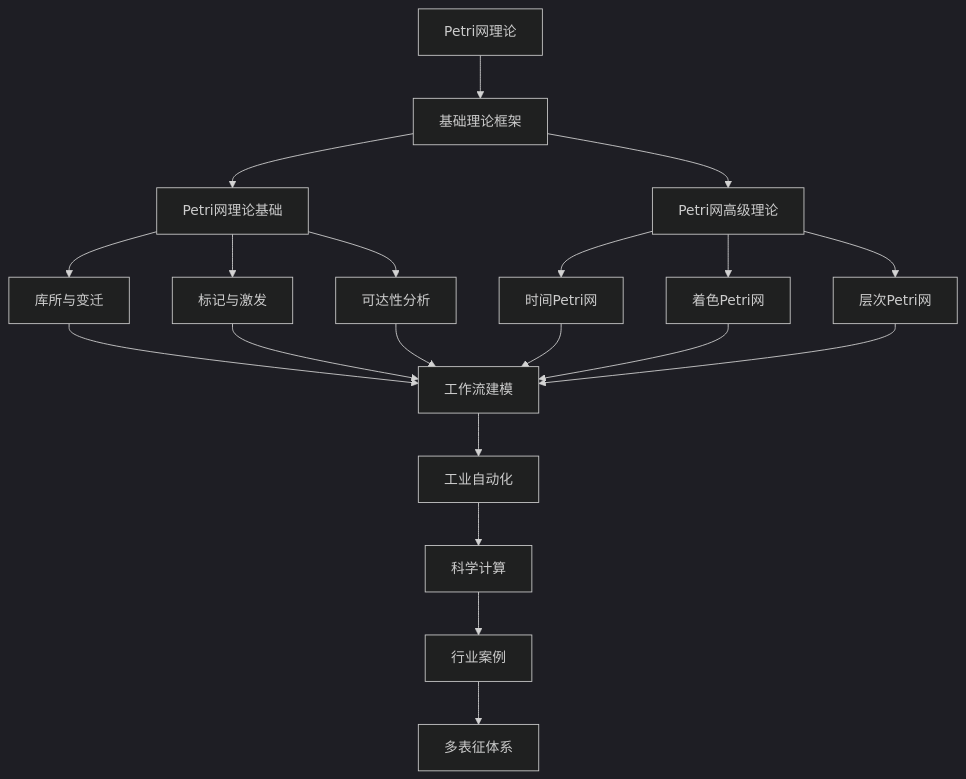
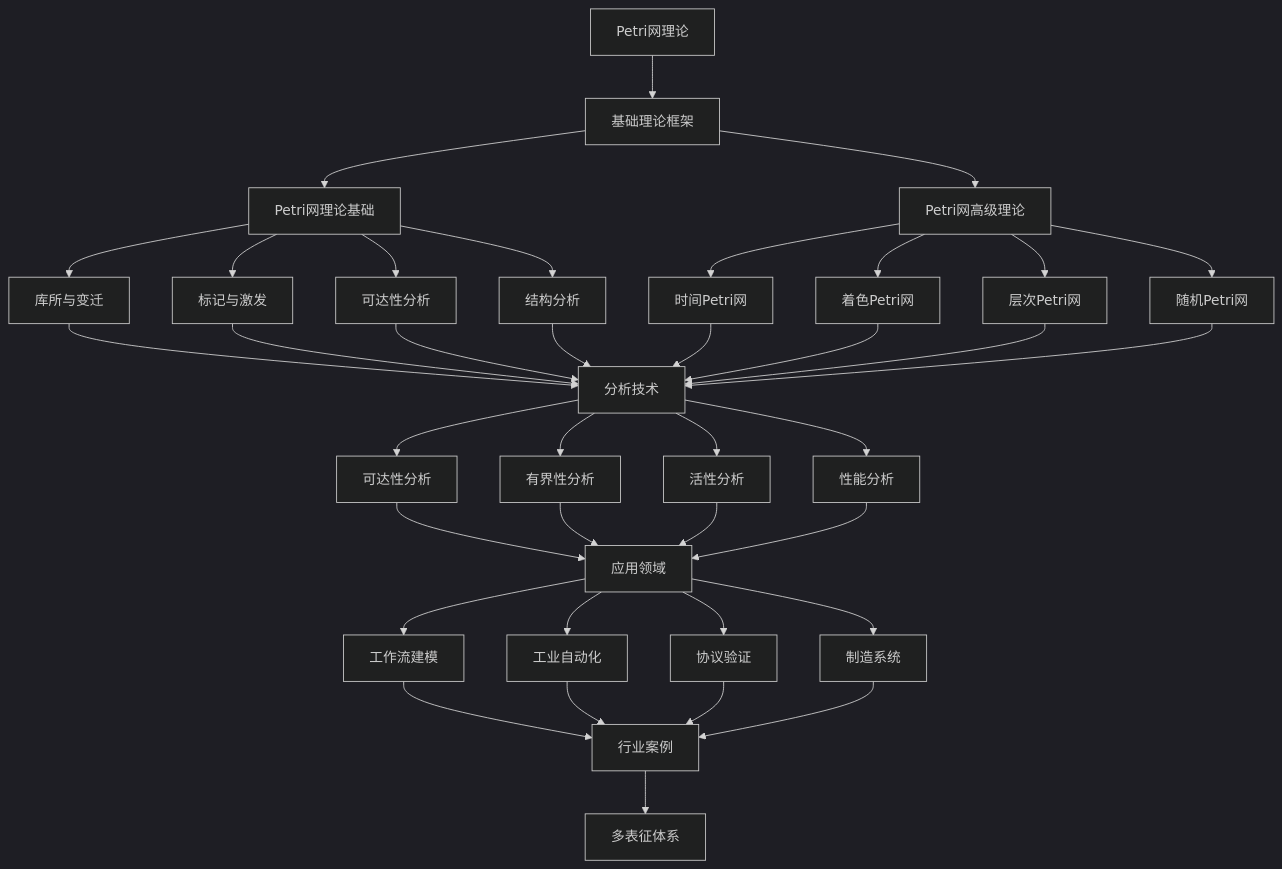
The second of 2 diagrams in Analysis/2-形式科学理论/2.3-Petri网理论/README.md (AdaMartin18010/Data-Science), drawn with Mermaid (dark theme) before and after one commit. The commit also changed other lines of this file and 40 other files, not shown here.

````diff
--- a/Analysis/2-形式科学理论/2.3-Petri网理论/README.md
+++ b/Analysis/2-形式科学理论/2.3-Petri网理论/README.md
@@ -23,17 +332,31 @@
 ```mermaid
 flowchart TD
   A[Petri网理论] --> B[基础理论框架]
   B --> C1[Petri网理论基础]
   B --> C2[Petri网高级理论]
+
   C1 --> D[库所与变迁]
   C1 --> E[标记与激发]
   C1 --> F[可达性分析]
-  C2 --> G[时间Petri网]
-  C2 --> H[着色Petri网]
-  C2 --> I[层次Petri网]
-  D & E & F & G & H & I --> J[工作流建模]
-  J --> K[工业自动化]
-  K --> L[科学计算]
-  L --> M[行业案例]
-  M --> N[多表征体系]
+  C1 --> G[结构分析]
+
+  C2 --> H[时间Petri网]
+  C2 --> I[着色Petri网]
+  C2 --> J[层次Petri网]
+  C2 --> K[随机Petri网]
+
+  D & E & F & G & H & I & J & K --> L[分析技术]
+  L --> M[可达性分析]
+  L --> N[有界性分析]
+  L --> O[活性分析]
+  L --> P[性能分析]
+
+  M & N & O & P --> Q[应用领域]
+  Q --> R[工作流建模]
+  Q --> S[工业自动化]
+  Q --> T[协议验证]
+  Q --> U[制造系统]
+
+  R & S & T & U --> V[行业案例]
+  V --> W[多表征体系]
 ```
````
